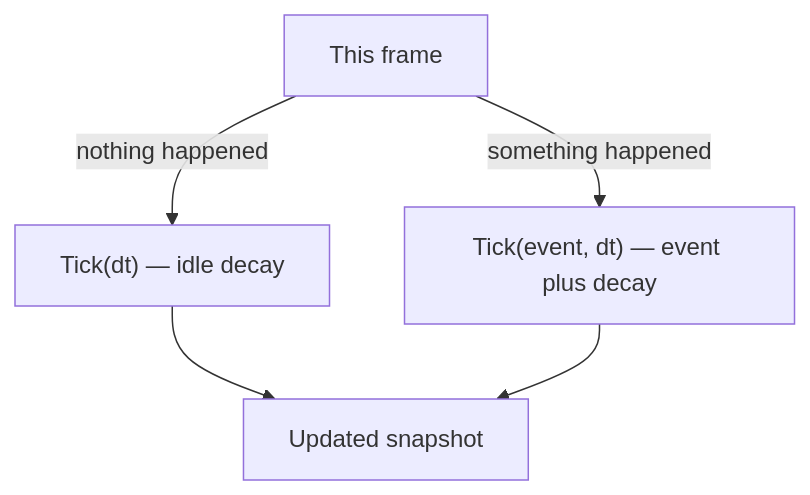
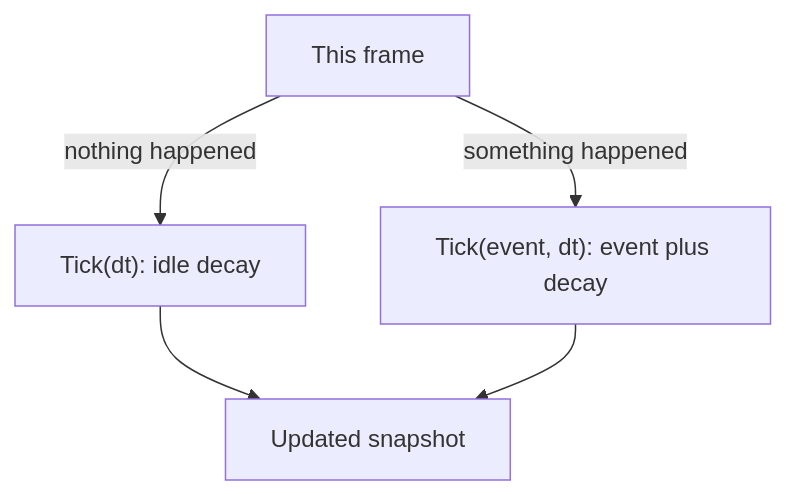
Before and after one commit to RossSim/personality-engine: the second of 5 diagrams in docs/HOSTING.md, drawn with Mermaid. The commit also changed other lines of this file and 21 other files, not shown here.

````diff
--- a/docs/HOSTING.md
+++ b/docs/HOSTING.md
@@ -23,8 +23,8 @@
 ```mermaid
 flowchart TD
   frame[This frame]
-  frame -->|nothing happened| idle["Tick(dt) — idle decay"]
-  frame -->|something happened| ev["Tick(event, dt) — event plus decay"]
+  frame -->|nothing happened| idle["Tick(dt): idle decay"]
+  frame -->|something happened| ev["Tick(event, dt): event plus decay"]
   idle --> snap[Updated snapshot]
   ev --> snap
 ```
````
